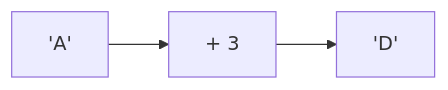
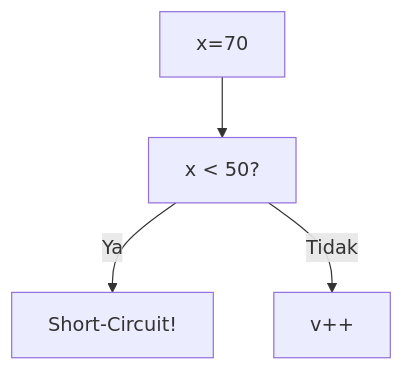
Before and after one commit to amnahwaida/OSNK_INF_PREP: diagram 14 of 25 in part-c-pemahaman-cpp/02-percabangan/latihan/set-04.md, drawn with Mermaid. The commit also changed other lines of this file and 71 other files, not shown here.

````diff
--- a/part-c-pemahaman-cpp/02-percabangan/latihan/set-04.md
+++ b/part-c-pemahaman-cpp/02-percabangan/latihan/set-04.md
@@ -442,5 +390,6 @@
 ```mermaid
-graph LR
-A["'A'"] --> B["+ 3"]
-B --> C["'D'"]
+graph TD
+A["x=70"] --> B["x < 50?"]
+B -- Ya --> C["Short-Circuit!"]
+B -- Tidak --> D["v++"]
 ```
````
